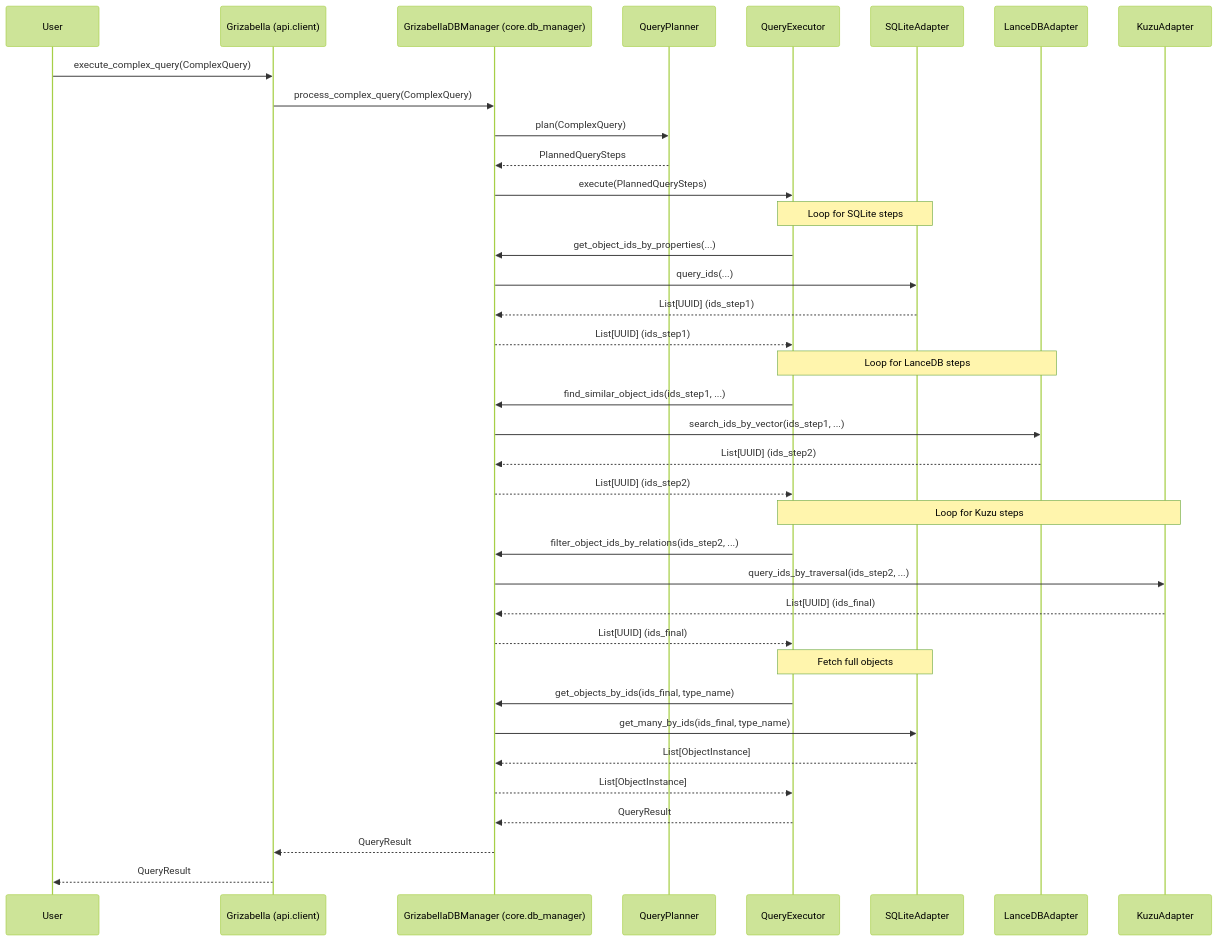
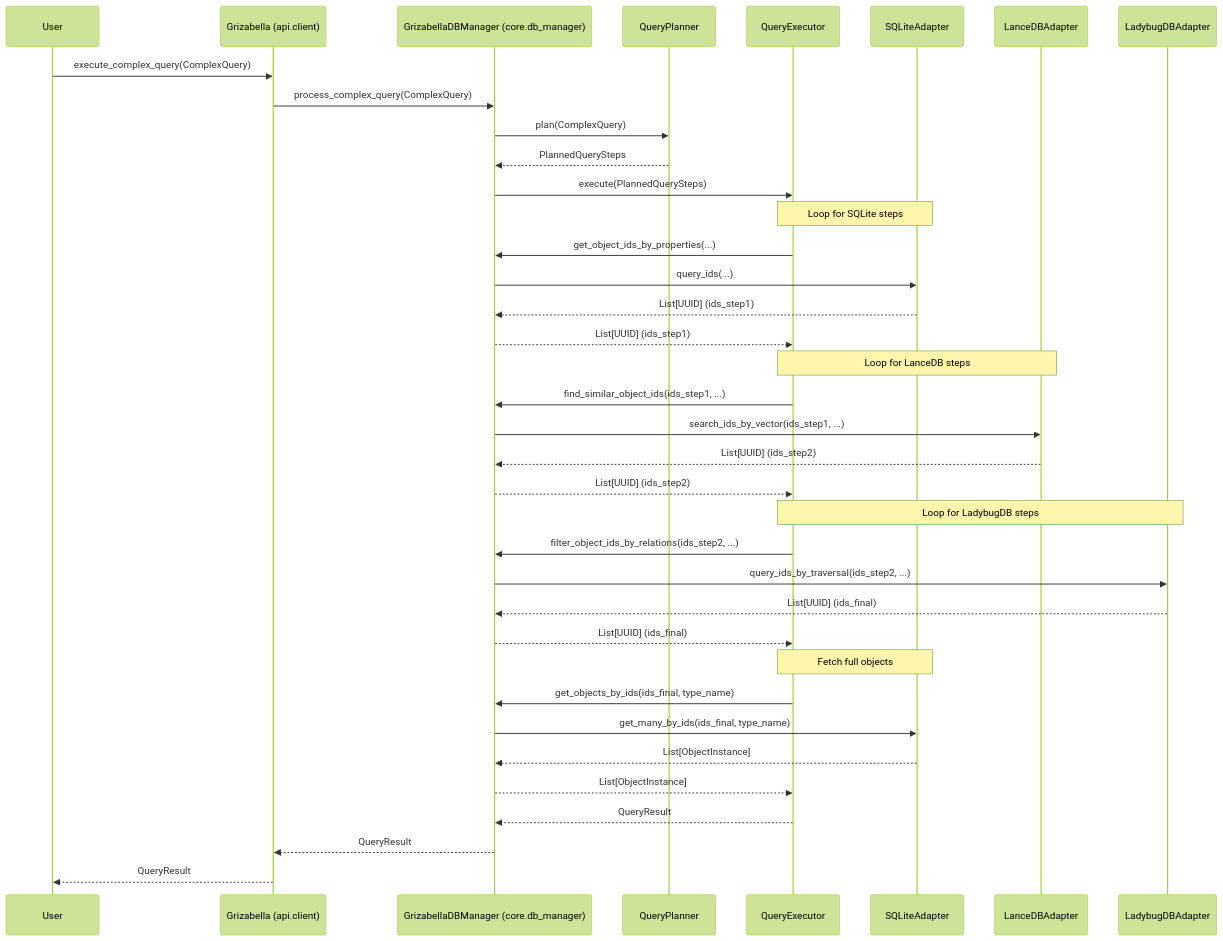
The first of 2 diagrams in docs/complex_query_engine_design.md (pwilkin/grizabella), drawn with Mermaid (forest theme) before and after one commit. The commit also changed other lines of this file and 19 other files, not shown here.

Commit message:
0.5.0: migrate from abandoned Kuzu to LadybugDB

````diff
--- a/docs/complex_query_engine_design.md
+++ b/docs/complex_query_engine_design.md
@@ -340,45 +340,45 @@
 ```mermaid
 sequenceDiagram
     participant User
     participant GrizabellaAPI as Grizabella (api.client)
     participant DBManager as GrizabellaDBManager (core.db_manager)
     participant Planner as QueryPlanner
     participant Executor as QueryExecutor
     participant SQLiteAdapter
     participant LanceDBAdapter
-    participant KuzuAdapter
+    participant LadybugDBAdapter
 
     User->>GrizabellaAPI: execute_complex_query(ComplexQuery)
     GrizabellaAPI->>DBManager: process_complex_query(ComplexQuery)
     DBManager->>Planner: plan(ComplexQuery)
     Planner-->>DBManager: PlannedQuerySteps
     DBManager->>Executor: execute(PlannedQuerySteps)
 
     Note over Executor,SQLiteAdapter: Loop for SQLite steps
     Executor->>DBManager: get_object_ids_by_properties(...)
     DBManager->>SQLiteAdapter: query_ids(...)
     SQLiteAdapter-->>DBManager: List[UUID] (ids_step1)
     DBManager-->>Executor: List[UUID] (ids_step1)
 
     Note over Executor,LanceDBAdapter: Loop for LanceDB steps
     Executor->>DBManager: find_similar_object_ids(ids_step1, ...)
     DBManager->>LanceDBAdapter: search_ids_by_vector(ids_step1, ...)
     LanceDBAdapter-->>DBManager: List[UUID] (ids_step2)
     DBManager-->>Executor: List[UUID] (ids_step2)
 
-    Note over Executor,KuzuAdapter: Loop for Kuzu steps
+    Note over Executor,LadybugDBAdapter: Loop for LadybugDB steps
     Executor->>DBManager: filter_object_ids_by_relations(ids_step2, ...)
-    DBManager->>KuzuAdapter: query_ids_by_traversal(ids_step2, ...)
-    KuzuAdapter-->>DBManager: List[UUID] (ids_final)
+    DBManager->>LadybugDBAdapter: query_ids_by_traversal(ids_step2, ...)
+    LadybugDBAdapter-->>DBManager: List[UUID] (ids_final)
     DBManager-->>Executor: List[UUID] (ids_final)
 
     Note over Executor,SQLiteAdapter: Fetch full objects
     Executor->>DBManager: get_objects_by_ids(ids_final, type_name)
     DBManager->>SQLiteAdapter: get_many_by_ids(ids_final, type_name)
     SQLiteAdapter-->>DBManager: List[ObjectInstance]
     DBManager-->>Executor: List[ObjectInstance]
 
     Executor-->>DBManager: QueryResult
     DBManager-->>GrizabellaAPI: QueryResult
     GrizabellaAPI-->>User: QueryResult
 ```
````
